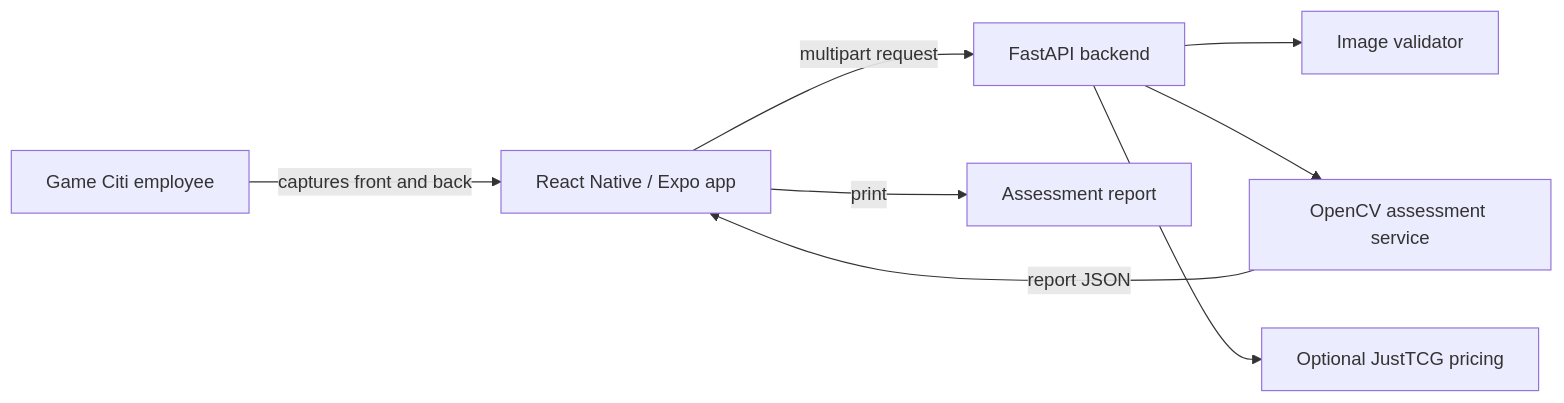
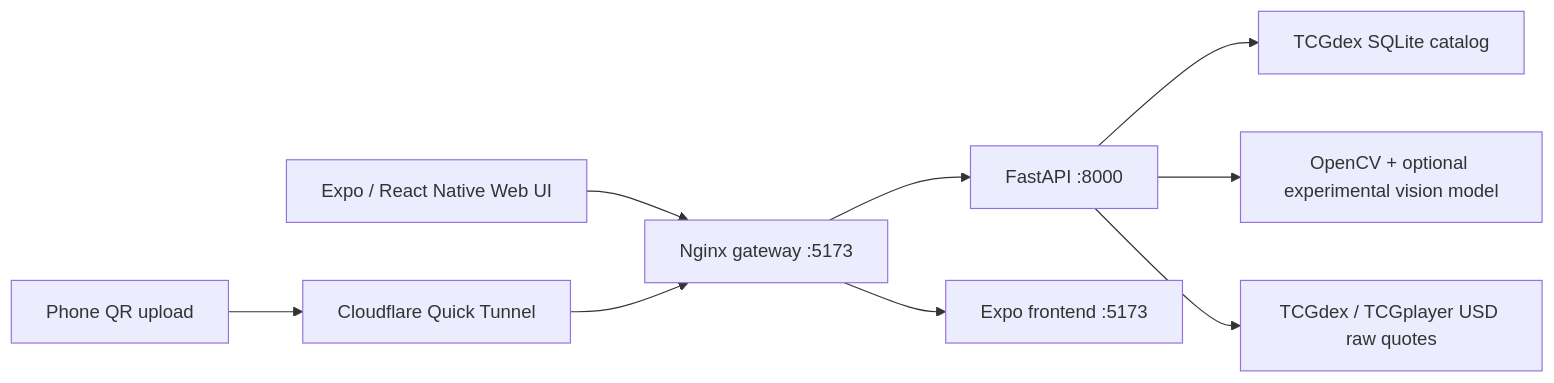
Before and after one commit to raulmunoz0711/DeckFlow: the diagram in README.md, drawn with Mermaid. The commit also changed other lines of this file, not shown here.

````diff
--- a/README.md
+++ b/README.md
@@ -99,10 +103,11 @@
 ```mermaid
 flowchart LR
-  Employee[Game Citi employee] -->|captures front and back| UI[React Native / Expo app]
-  UI -->|multipart request| API[FastAPI backend]
-  API --> Validator[Image validator]
-  API --> Assessor[OpenCV assessment service]
-  API --> Pricing[Optional JustTCG pricing]
-  Assessor -->|report JSON| UI
-  UI -->|print| Report[Assessment report]
+  Browser[Expo / React Native Web UI] --> Gateway[Nginx gateway :5173]
+  Phone[Phone QR upload] --> Tunnel[Cloudflare Quick Tunnel]
+  Tunnel --> Gateway
+  Gateway --> Backend[FastAPI :8000]
+  Gateway --> BrowserService[Expo frontend :5173]
+  Backend --> Catalog[TCGdex SQLite catalog]
+  Backend --> Vision[OpenCV + optional experimental vision model]
+  Backend --> Prices[TCGdex / TCGplayer USD raw quotes]
 ```
````
